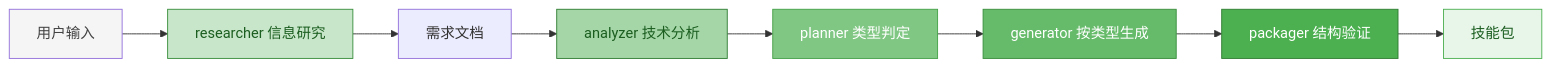
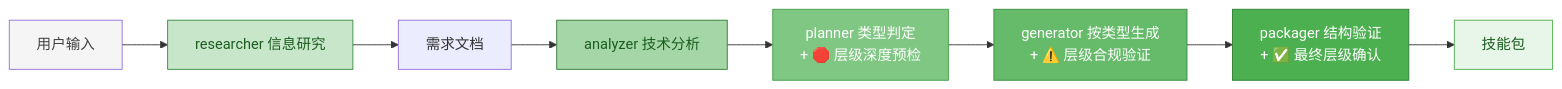
The seventh of 15 diagrams in SKILL.md (morning-start/skill-factory), drawn with Mermaid before and after one commit. The commit also changed other lines of this file and 1 other file, not shown here.

````diff
--- a/SKILL.md
+++ b/SKILL.md
@@ -187,18 +314,18 @@
 ```mermaid
 flowchart LR
     A[用户输入] --> R[researcher 信息研究]
     R --> N[需求文档]
     N --> AN[analyzer 技术分析]
-    AN --> PL[planner 类型判定]
-    PL --> GE[generator 按类型生成]
-    GE --> PA[packager 结构验证]
+    AN --> PL["planner 类型判定<br/>+ 🛑 层级深度预检"]
+    PL --> GE["generator 按类型生成<br/>+ ⚠️ 层级合规验证"]
+    GE --> PA["packager 结构验证<br/>+ ✅ 最终层级确认"]
     PA --> OUT[技能包]
 
     style A fill:#f5f5f5,color:#424242
     style R fill:#c8e6c9,stroke:#388e3c,color:#1b5e20
     style AN fill:#a5d6a7,stroke:#2e7d32,color:#1b5e20
     style PL fill:#81c784,stroke:#43a047,color:#ffffff
     style GE fill:#66bb6a,stroke:#388e3c,color:#ffffff
     style PA fill:#4caf50,stroke:#2e7d32,color:#ffffff
     style OUT fill:#e8f5e9,stroke:#4caf50,color:#1b5e20
 ```
````
